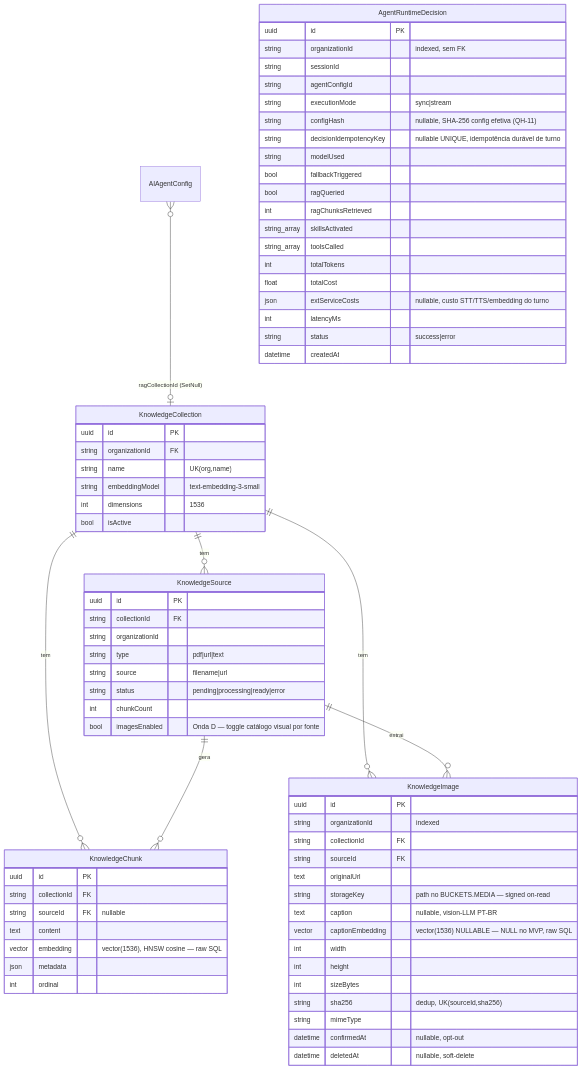
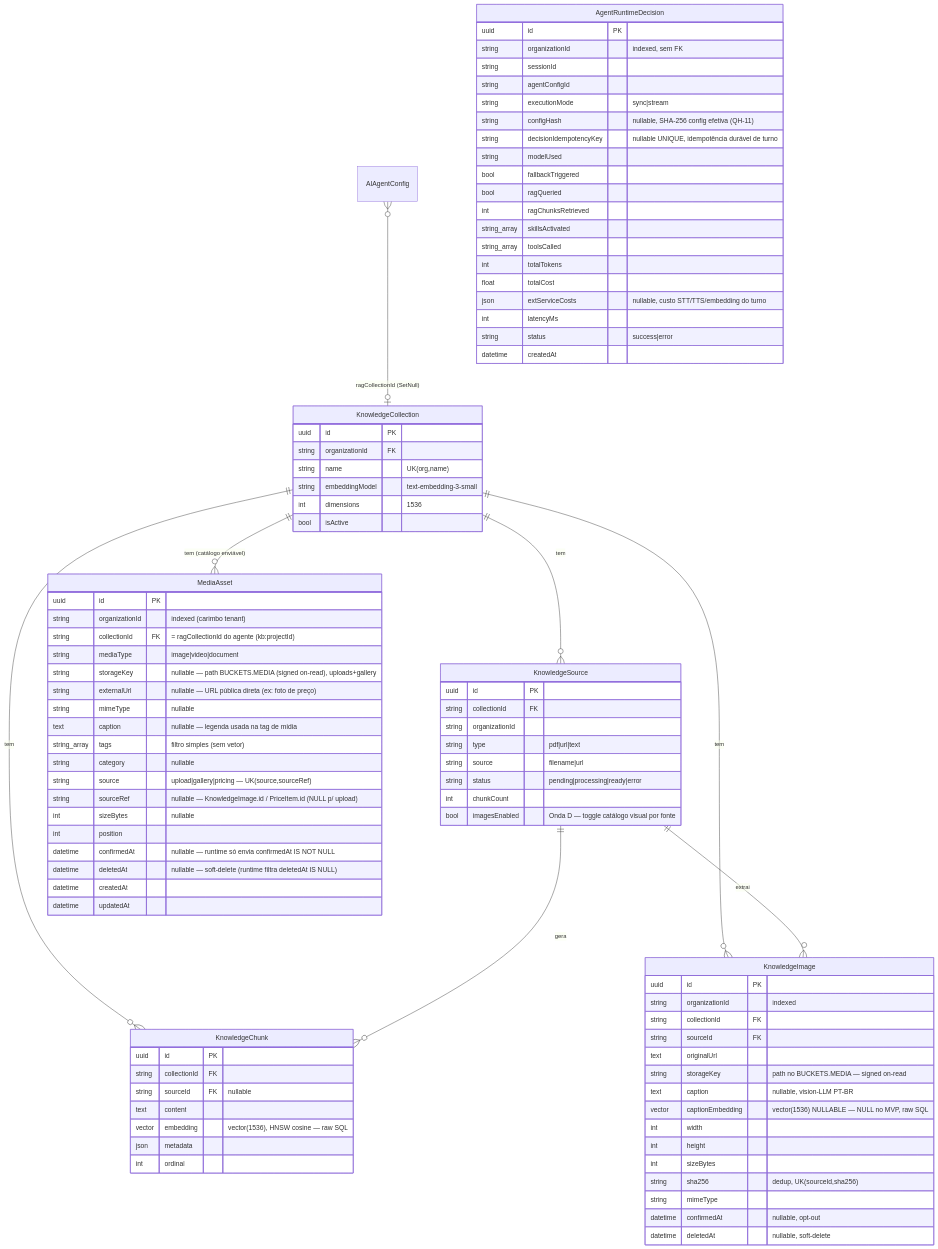
The fourth of 5 diagrams in docs/ERD.md (quayer/app-quayer), drawn with Mermaid before and after one commit. The commit also changed other lines of this file and 14 other files, not shown here.

First line of the commit message:
feat(builder): Fase E — catálogo de mídia + tool buscar_media (retrieval)

```diff
--- a/docs/ERD.md
+++ b/docs/ERD.md
@@ -398,6 +401,7 @@
     KnowledgeCollection ||--o{ KnowledgeSource : "tem"
     KnowledgeCollection ||--o{ KnowledgeChunk : "tem"
     KnowledgeCollection ||--o{ KnowledgeImage : "tem"
+    KnowledgeCollection ||--o{ MediaAsset : "tem (catálogo enviável)"
     KnowledgeSource ||--o{ KnowledgeChunk : "gera"
     KnowledgeSource ||--o{ KnowledgeImage : "extrai"
     AIAgentConfig }o--o| KnowledgeCollection : "ragCollectionId (SetNull)"
@@ -446,6 +450,26 @@
         datetime confirmedAt "nullable, opt-out"
         datetime deletedAt "nullable, soft-delete"
     }
+    MediaAsset {
+        uuid id PK
+        string organizationId "indexed (carimbo tenant)"
+        string collectionId FK "= ragCollectionId do agente (kb:projectId)"
+        string mediaType "image|video|document"
+        string storageKey "nullable — path BUCKETS.MEDIA (signed on-read), uploads+gallery"
+        string externalUrl "nullable — URL pública direta (ex: foto de preço)"
+        string mimeType "nullable"
+        text caption "nullable — legenda usada na tag de mídia"
+        string_array tags "filtro simples (sem vetor)"
+        string category "nullable"
+        string source "upload|gallery|pricing — UK(source,sourceRef)"
+        string sourceRef "nullable — KnowledgeImage.id / PriceItem.id (NULL p/ upload)"
+        int sizeBytes "nullable"
+        int position
+        datetime confirmedAt "nullable — runtime só envia confirmedAt IS NOT NULL"
+        datetime deletedAt "nullable — soft-delete (runtime filtra deletedAt IS NULL)"
+        datetime createdAt
+        datetime updatedAt
+    }
     AgentRuntimeDecision {
         uuid id PK
         string organizationId "indexed, sem FK"
```
